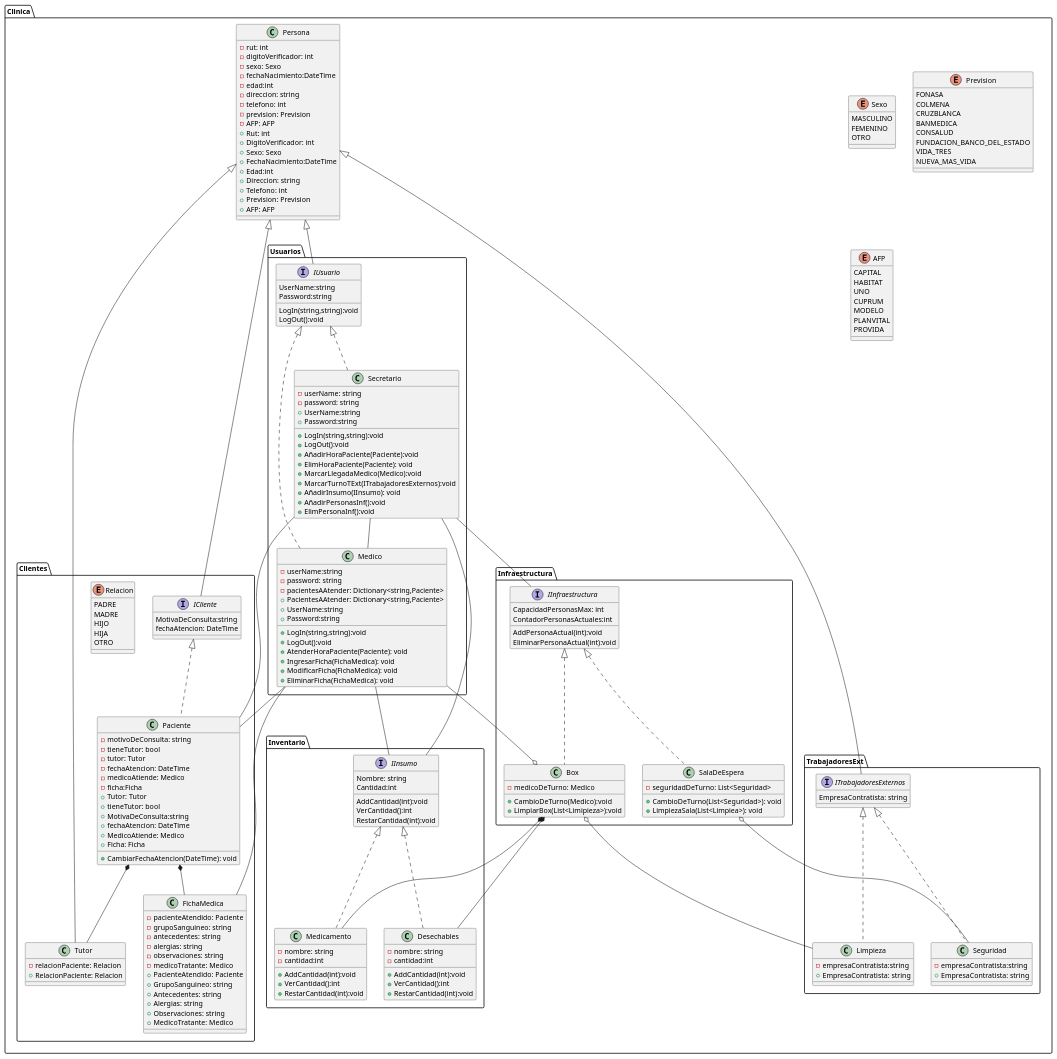
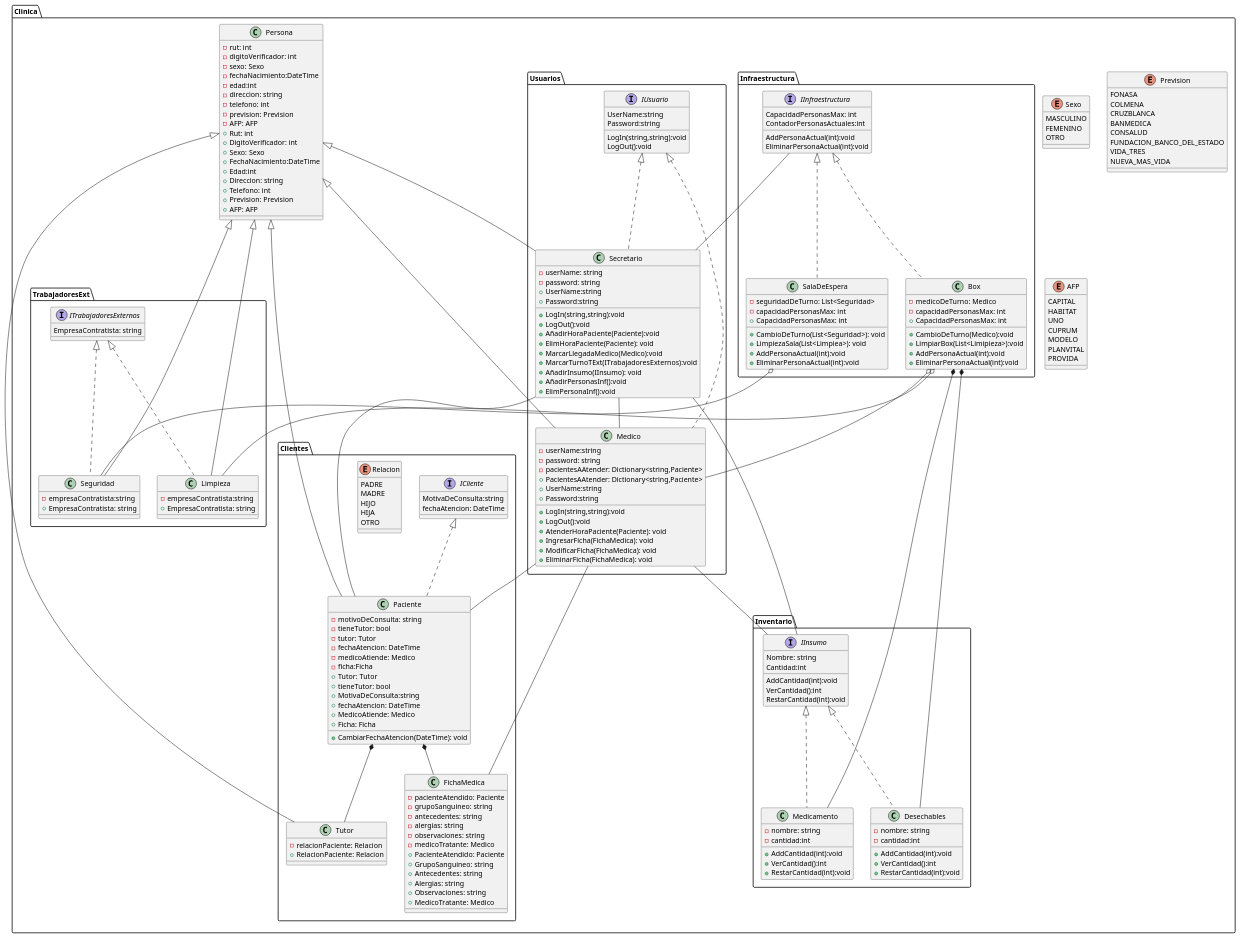
The diagram in consultorio.puml (ecadiz123/ProyectoAvaloniaProgra2), drawn with PlantUML before and after one commit.

Commit message:
uml terminado en general

```diff
--- a/consultorio.puml
+++ b/consultorio.puml
@@ -198,21 +198,37 @@
              }
              class Box{
                  - medicoDeTurno: Medico
+                 - capacidadPersonasMax: int
                  + CambioDeTurno(Medico):void
                  + LimpiarBox(List<Limipieza>):void
+                 + CapacidadPersonasMax: int
+                 + AddPersonaActual(int):void
+                 + EliminarPersonaActual(int):void
              }
              class SalaDeEspera {
                  - seguridadDeTurno: List<Seguridad>
+                 - capacidadPersonasMax: int
+                 + CapacidadPersonasMax: int
                  + CambioDeTurno(List<Seguridad>): void
                  + LimpiezaSala(List<Limpiea>): void
+                 + AddPersonaActual(int):void
+                 + EliminarPersonaActual(int):void
              }
              
 
          }
         'Relaciones
         'Herencias
+        
         Persona<|-- Tutor
-        
+        Persona<|-- Paciente
+        Persona<|-- Secretario
+        Persona<|-- Medico
+        Persona<|-- Limpieza
+        Persona<|-- Seguridad
+
+
+
         'Composicion
         '(Se tienen en campo y no existen sin estar dentro de la clase)
         Paciente *-- Tutor
@@ -236,10 +252,7 @@
         Secretario -- IInfraestructura
         'Interfaces:
 
-        'Herencias Interfaces
-        Persona <|-- ITrabajadoresExternos
-        Persona <|-- ICliente
-        Persona <|-- IUsuario
+        
         'Interfaz T externos
         ITrabajadoresExternos <|.. Limpieza
         ITrabajadoresExternos <|.. Seguridad
```
